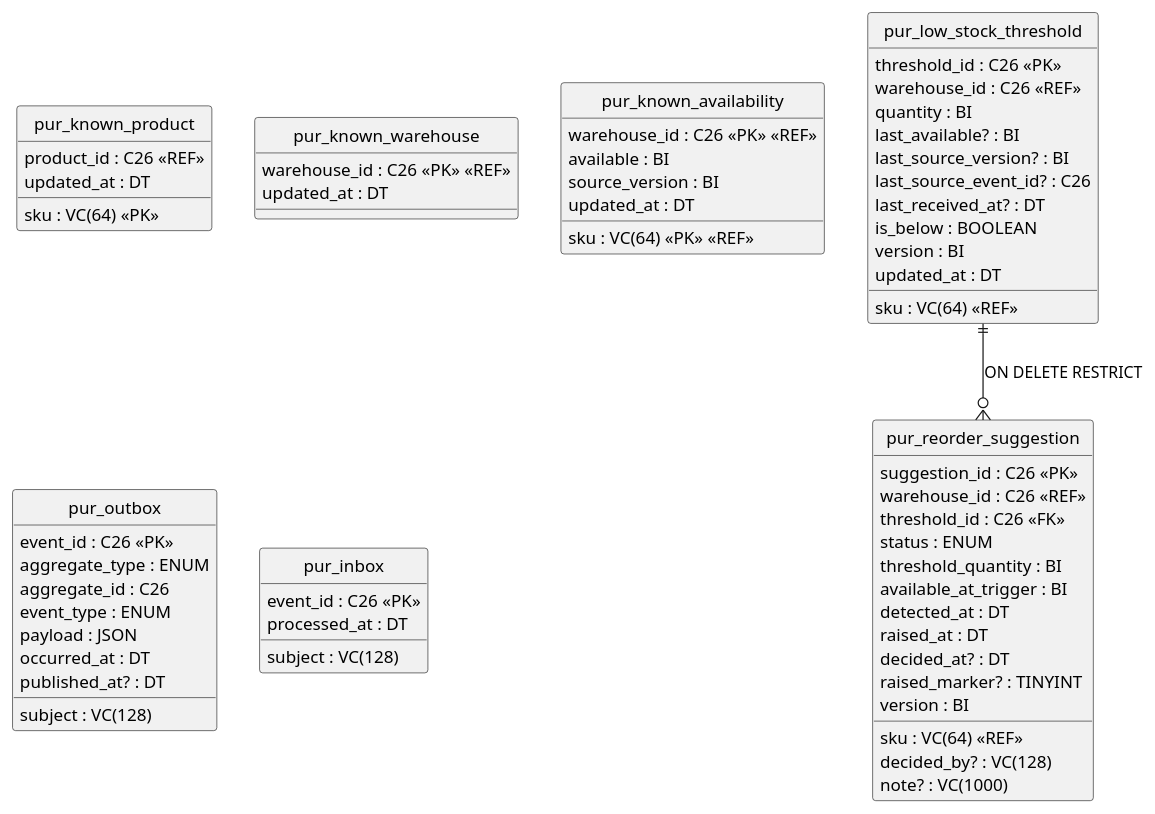
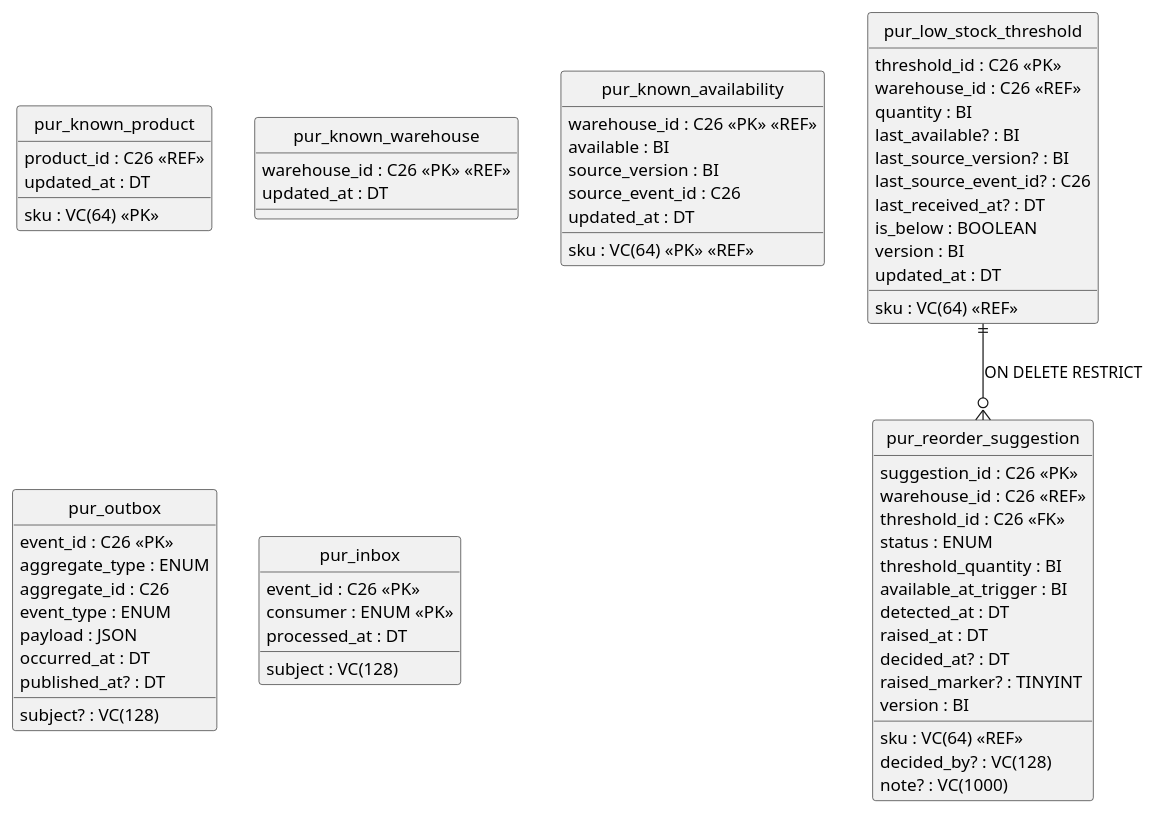
Before and after one commit to mahmoud112001/backend-claude-skills: the fourth of 4 diagrams in backend-skills-pack/tests/fixture-b/docs/design/04-erd.md, drawn with PlantUML. The commit also changed other lines of this file and 12 other files, not shown here.

````diff
--- a/backend-skills-pack/tests/fixture-b/docs/design/04-erd.md
+++ b/backend-skills-pack/tests/fixture-b/docs/design/04-erd.md
@@ -197,66 +200,68 @@
 ```plantuml
 @startuml
 hide circle
 entity pur_low_stock_threshold {
   threshold_id : C26 <<PK>>
   sku : VC(64) <<REF>>
   warehouse_id : C26 <<REF>>
   quantity : BI
   last_available? : BI
   last_source_version? : BI
   last_source_event_id? : C26
   last_received_at? : DT
   is_below : BOOLEAN
   version : BI
   updated_at : DT
 }
 entity pur_reorder_suggestion {
   suggestion_id : C26 <<PK>>
   sku : VC(64) <<REF>>
   warehouse_id : C26 <<REF>>
   threshold_id : C26 <<FK>>
   status : ENUM
   threshold_quantity : BI
   available_at_trigger : BI
   detected_at : DT
   raised_at : DT
   decided_by? : VC(128)
   decided_at? : DT
   note? : VC(1000)
   raised_marker? : TINYINT
   version : BI
 }
 entity pur_known_product {
   sku : VC(64) <<PK>>
   product_id : C26 <<REF>>
   updated_at : DT
 }
 entity pur_known_warehouse {
   warehouse_id : C26 <<PK>> <<REF>>
   updated_at : DT
 }
 entity pur_known_availability {
   sku : VC(64) <<PK>> <<REF>>
   warehouse_id : C26 <<PK>> <<REF>>
   available : BI
   source_version : BI
+  source_event_id : C26
   updated_at : DT
 }
 entity pur_outbox {
   event_id : C26 <<PK>>
   aggregate_type : ENUM
   aggregate_id : C26
   event_type : ENUM
-  subject : VC(128)
+  subject? : VC(128)
   payload : JSON
   occurred_at : DT
   published_at? : DT
 }
 entity pur_inbox {
   event_id : C26 <<PK>>
+  consumer : ENUM <<PK>>
   subject : VC(128)
   processed_at : DT
 }
 pur_low_stock_threshold ||--o{ pur_reorder_suggestion : "ON DELETE RESTRICT"
 @enduml
 ```
````
